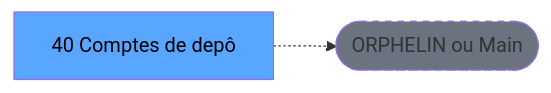
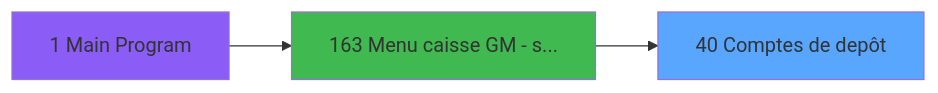
One commit to thonyAGP/magic-migration changed the second of 3 diagrams in .openspec/specs/ADH-IDE-40.md. Above: the diagram before and after it, drawn with Mermaid. The commit also changed other lines of this file and 493 other files, not shown here.

````diff
--- a/.openspec/specs/ADH-IDE-40.md
+++ b/.openspec/specs/ADH-IDE-40.md
@@ -128,8 +307,11 @@
 ```mermaid
 graph LR
-    T[40 Comptes de depô]
-    ORPHAN([ORPHELIN ou Main])
-    T -.-> ORPHAN
-    style T fill:#58a6ff,color:#000
-    style ORPHAN fill:#6b7280,stroke-dasharray: 5 5
+    T40[40 Comptes de depôt]
+    style T40 fill:#58a6ff
+    CC1[1 Main Program]
+    style CC1 fill:#8b5cf6
+    CC163[163 Menu caisse GM - s...]
+    style CC163 fill:#3fb950
+    CC1 --> CC163
+    CC163 --> T40
 ```
````
